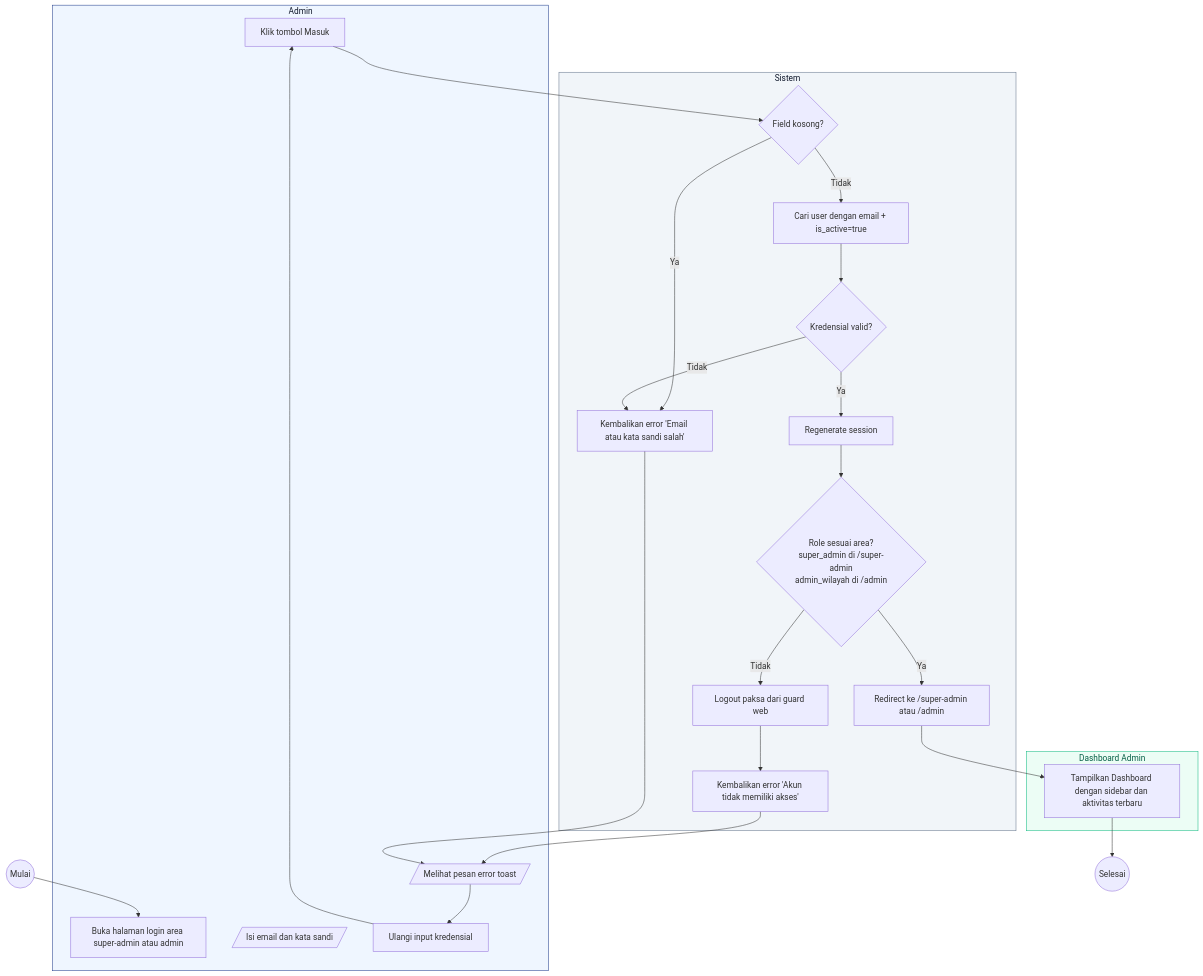
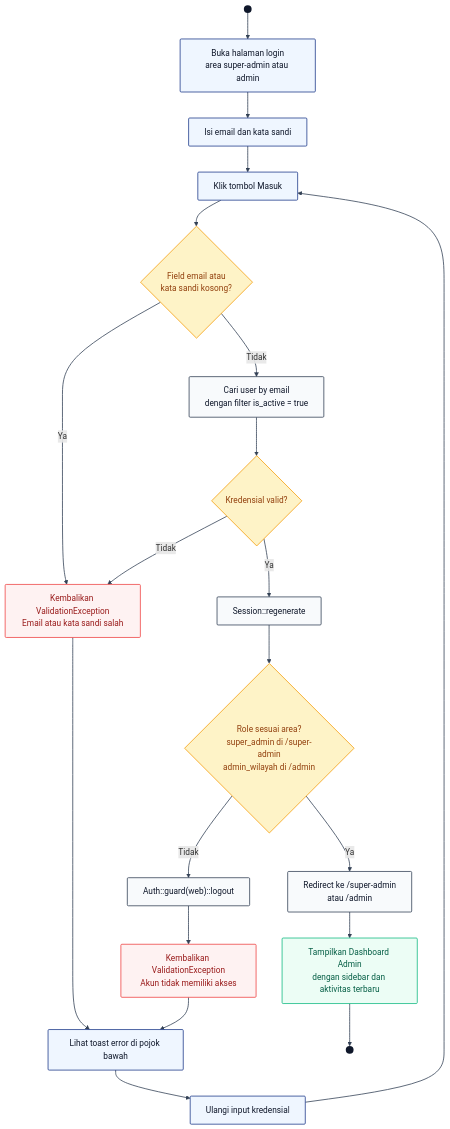
One commit to radacore/absensi-pu changed the diagram in docs/activity-diagrams/01-login-admin.md. Above: the diagram before and after it, drawn with Mermaid. The commit also changed other lines of this file, not shown here.

Commit message:
docs(diagram): rombak style activity diagram jadi kotak rapi
ubah semua node ke rectangle rounded 2px, arah flowchart top-bottom
UML klasik, start dan end lingkaran hitam pekat, kategori warna
konsisten navy untuk terminator, biru muda aktor, abu-abu sistem,
kuning keputusan, merah error, hijau sukses

garis panah slate 1.5px seragam, border node 1.5px konsisten,
tambah tabel legenda warna di bawah diagram supaya mudah dibaca

file 01-login-admin.md dijadikan contoh gaya baru dulu untuk review
sebelum diterapkan ke 23 diagram lainnya

````diff
--- a/docs/activity-diagrams/01-login-admin.md
+++ b/docs/activity-diagrams/01-login-admin.md
@@ -11,52 +11,54 @@
 ```mermaid
-flowchart TD
-    Start((Mulai)) --> A1
+flowchart TB
+    Start(( )):::startEnd
 
-    subgraph Admin[Admin]
-        A1[Buka halaman login area super-admin atau admin]
-        A2[/Isi email dan kata sandi/]
-        A3[Klik tombol Masuk]
-        A9[/Melihat pesan error toast/]
-        A10[Ulangi input kredensial]
-    end
+    A1["Buka halaman login<br/>area super-admin atau admin"]:::actor
+    A2["Isi email dan kata sandi"]:::actor
+    A3["Klik tombol Masuk"]:::actor
 
-    subgraph Sistem[Sistem]
-        S1{Field kosong?}
-        S2[Cari user dengan email + is_active=true]
-        S3{Kredensial valid?}
-        S4[Regenerate session]
-        S5{Role sesuai area?<br/>super_admin di /super-admin<br/>admin_wilayah di /admin}
-        S6[Logout paksa dari guard web]
-        S7[Redirect ke /super-admin atau /admin]
-        S8[Kembalikan error 'Akun tidak memiliki akses']
-        S9[Kembalikan error 'Email atau kata sandi salah']
-    end
+    S1{"Field email atau<br/>kata sandi kosong?"}:::decision
+    S2["Cari user by email<br/>dengan filter is_active = true"]:::system
+    S3{"Kredensial valid?"}:::decision
+    S4["Session::regenerate"]:::system
+    S5{"Role sesuai area?<br/>super_admin di /super-admin<br/>admin_wilayah di /admin"}:::decision
+    S6["Auth::guard(web)::logout"]:::system
+    S7["Redirect ke /super-admin<br/>atau /admin"]:::system
+    S8["Kembalikan ValidationException<br/>Akun tidak memiliki akses"]:::error
+    S9["Kembalikan ValidationException<br/>Email atau kata sandi salah"]:::error
 
-    subgraph Dashboard[Dashboard Admin]
-        D1[Tampilkan Dashboard dengan sidebar dan aktivitas terbaru]
-    end
+    A4["Lihat toast error di pojok bawah"]:::actor
+    A5["Ulangi input kredensial"]:::actor
 
+    D1["Tampilkan Dashboard Admin<br/>dengan sidebar dan aktivitas terbaru"]:::success
+
+    End(( )):::startEnd
+
+    Start --> A1
+    A1 --> A2
+    A2 --> A3
     A3 --> S1
     S1 -->|Ya| S9
     S1 -->|Tidak| S2
     S2 --> S3
     S3 -->|Tidak| S9
     S3 -->|Ya| S4
     S4 --> S5
     S5 -->|Tidak| S6
     S6 --> S8
     S5 -->|Ya| S7
     S7 --> D1
-    D1 --> End((Selesai))
-    S8 --> A9
-    S9 --> A9
-    A9 --> A10
-    A10 --> A3
+    D1 --> End
+    S8 --> A4
+    S9 --> A4
+    A4 --> A5
+    A5 --> A3
 
-    classDef actor fill:#EFF6FF,stroke:#1E3A8A,stroke-width:1px,color:#0F172A
-    classDef system fill:#F1F5F9,stroke:#64748B,stroke-width:1px,color:#0F172A
-    classDef done fill:#ECFDF5,stroke:#10B981,stroke-width:1px,color:#065F46
-    class Admin actor
-    class Sistem system
-    class Dashboard done
+    classDef startEnd fill:#0F172A,stroke:#0F172A,stroke-width:0px,color:#fff
+    classDef actor fill:#EFF6FF,stroke:#1E3A8A,stroke-width:1.5px,color:#0F172A,rx:2,ry:2
+    classDef system fill:#F8FAFC,stroke:#334155,stroke-width:1.5px,color:#0F172A,rx:2,ry:2
+    classDef decision fill:#FEF3C7,stroke:#F59E0B,stroke-width:1.5px,color:#92400E,rx:2,ry:2
+    classDef error fill:#FEF2F2,stroke:#EF4444,stroke-width:1.5px,color:#991B1B,rx:2,ry:2
+    classDef success fill:#ECFDF5,stroke:#10B981,stroke-width:1.5px,color:#065F46,rx:2,ry:2
+
+    linkStyle default stroke:#334155,stroke-width:1.5px
 ```
````
